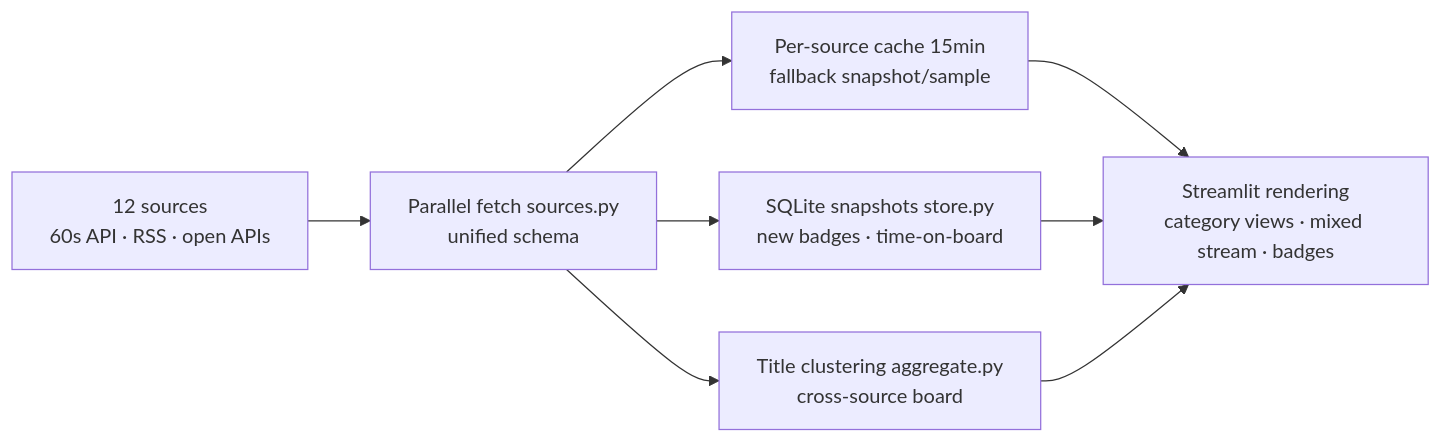
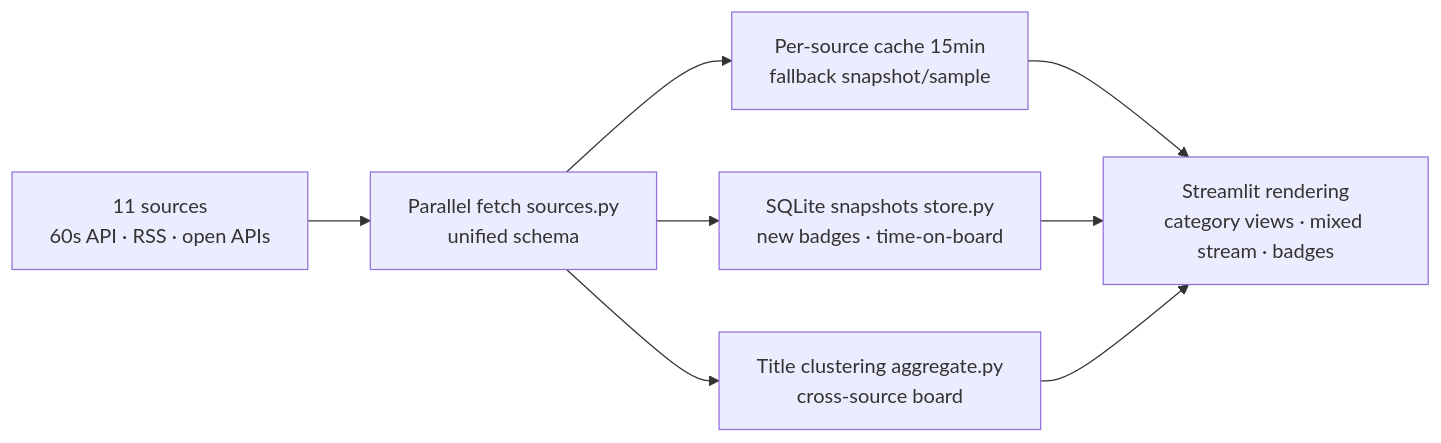
The diagram in README.md (Mocas-12/baiduhotsearch), drawn with Mermaid before and after one commit. The commit also changed other lines of this file and 3 other files, not shown here.

````diff
--- a/README.md
+++ b/README.md
@@ -75,10 +74,10 @@
 ```mermaid
 flowchart LR
-    A[12 sources<br/>60s API · RSS · open APIs] --> B[Parallel fetch sources.py<br/>unified schema]
+    A[11 sources<br/>60s API · RSS · open APIs] --> B[Parallel fetch sources.py<br/>unified schema]
     B --> C[Per-source cache 15min<br/>fallback snapshot/sample]
     B --> D[SQLite snapshots store.py<br/>new badges · time-on-board]
     B --> E[Title clustering aggregate.py<br/>cross-source board]
     C --> F[Streamlit rendering<br/>category views · mixed stream · badges]
     D --> F
     E --> F
 ```
````
